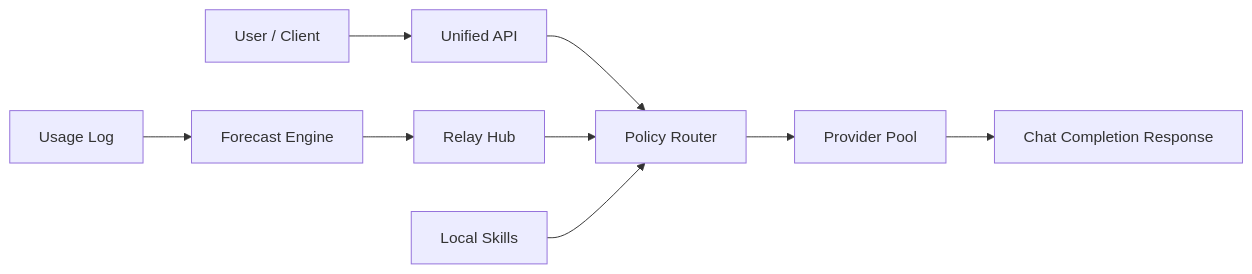
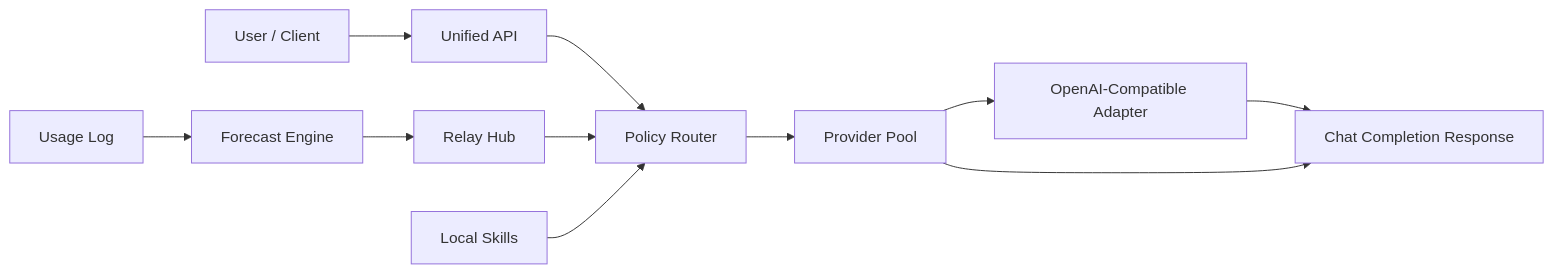
The diagram in docs/architecture.md (beihaili/ai-capacity-optimizer), drawn with Mermaid before and after one commit. The commit also changed other lines of this file and 12 other files, not shown here.

Commit message:
Add OpenAI-compatible live relay

````diff
--- a/docs/architecture.md
+++ b/docs/architecture.md
@@ -48,11 +50,13 @@
 ```mermaid
 flowchart LR
     User["User / Client"] --> API["Unified API"]
     API --> Router["Policy Router"]
     Router --> Pool["Provider Pool"]
+    Pool --> Adapter["OpenAI-Compatible Adapter"]
+    Adapter --> Response
     Pool --> Response["Chat Completion Response"]
     Usage["Usage Log"] --> Forecast["Forecast Engine"]
     Forecast --> Relay["Relay Hub"]
     Relay --> Router
     Skills["Local Skills"] --> Router
 ```
````
